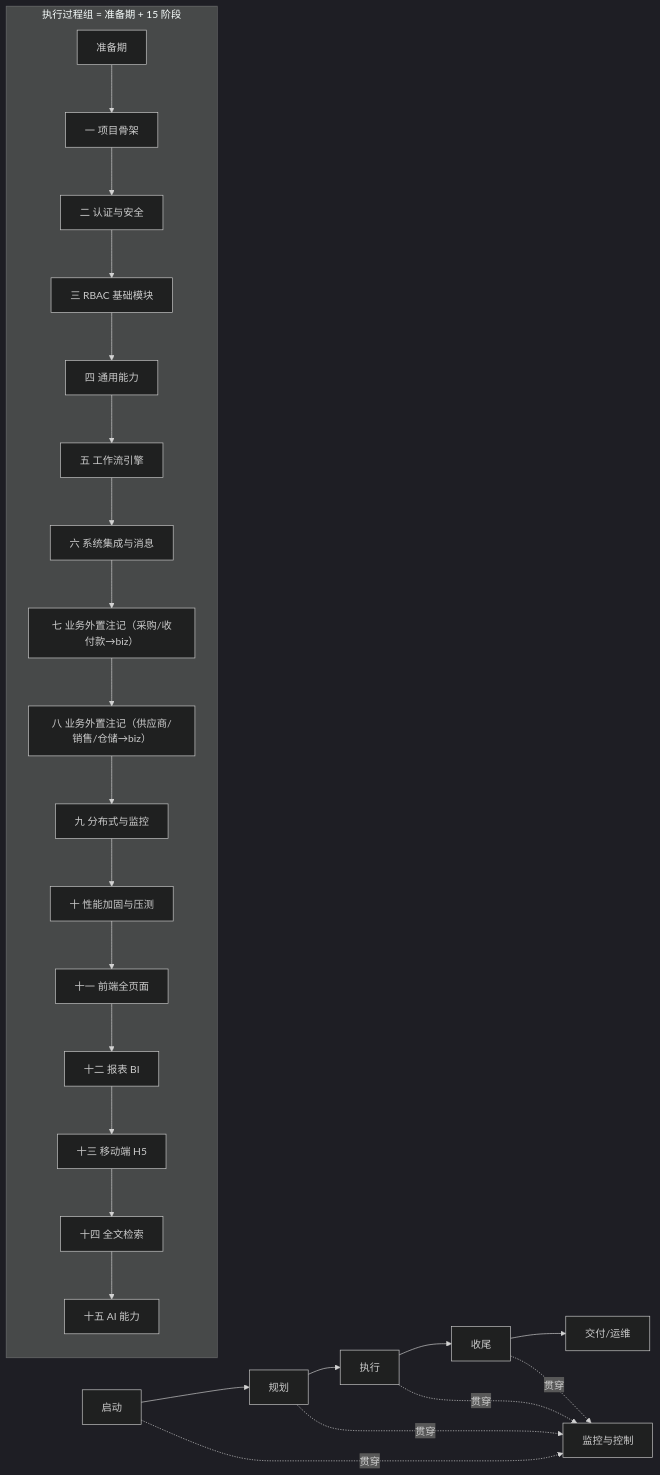
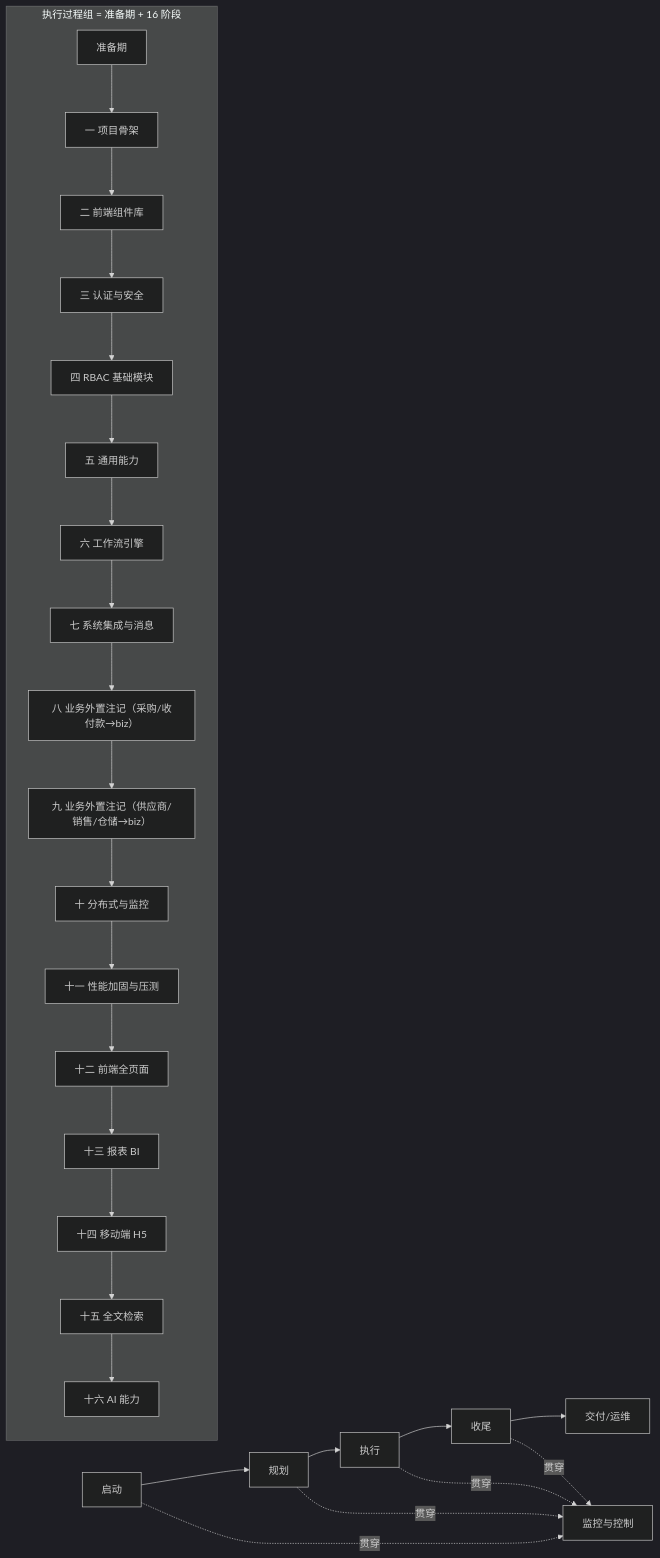
Before and after one commit to minjian123/basic-management-system: the first of 2 diagrams in bms文档/规划/总体项目规划.md, drawn with Mermaid (dark theme). The commit also changed other lines of this file and 122 other files, not shown here.

````diff
--- a/bms文档/规划/总体项目规划.md
+++ b/bms文档/规划/总体项目规划.md
@@ -93,20 +94,20 @@
 ```mermaid
 flowchart LR
     A["启动"] --> B["规划"]
     B --> C["执行"]
     C --> D["收尾"]
     D --> E["交付/运维"]
     A -.->|贯穿| F["监控与控制"]
     B -.->|贯穿| F
     C -.->|贯穿| F
     D -.->|贯穿| F
 
-    subgraph EXEC["执行过程组 = 准备期 + 15 阶段"]
-        P0["准备期"] --> S1["一 项目骨架"] --> S2["二 认证与安全"] --> S3["三 RBAC 基础模块"]
-        S3 --> S4["四 通用能力"] --> S5["五 工作流引擎"] --> S6["六 系统集成与消息"]
-        S6 --> S7["七 业务外置注记（采购/收付款→biz）"] --> S8["八 业务外置注记（供应商/销售/仓储→biz）"] --> S9["九 分布式与监控"]
-        S9 --> S10["十 性能加固与压测"] --> S11["十一 前端全页面"]
-        S11 --> S12["十二 报表 BI"] --> S13["十三 移动端 H5"]
-        S13 --> S14["十四 全文检索"] --> S15["十五 AI 能力"]
+    subgraph EXEC["执行过程组 = 准备期 + 16 阶段"]
+        P0["准备期"] --> S1["一 项目骨架"] --> S2["二 前端组件库"] --> S3["三 认证与安全"]
+        S3 --> S4["四 RBAC 基础模块"] --> S5["五 通用能力"] --> S6["六 工作流引擎"]
+        S6 --> S7["七 系统集成与消息"] --> S8["八 业务外置注记（采购/收付款→biz）"] --> S9["九 业务外置注记（供应商/销售/仓储→biz）"]
+        S9 --> S10["十 分布式与监控"] --> S11["十一 性能加固与压测"] --> S12["十二 前端全页面"]
+        S12 --> S13["十三 报表 BI"] --> S14["十四 移动端 H5"]
+        S14 --> S15["十五 全文检索"] --> S16["十六 AI 能力"]
     end
 ```
````
